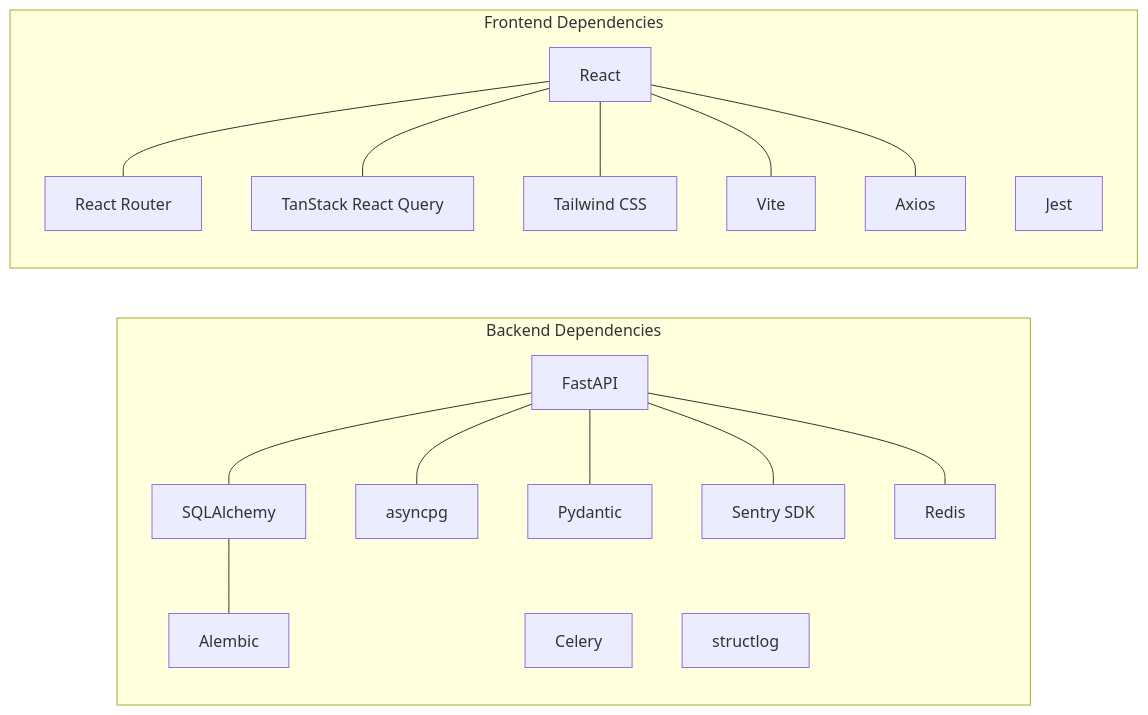
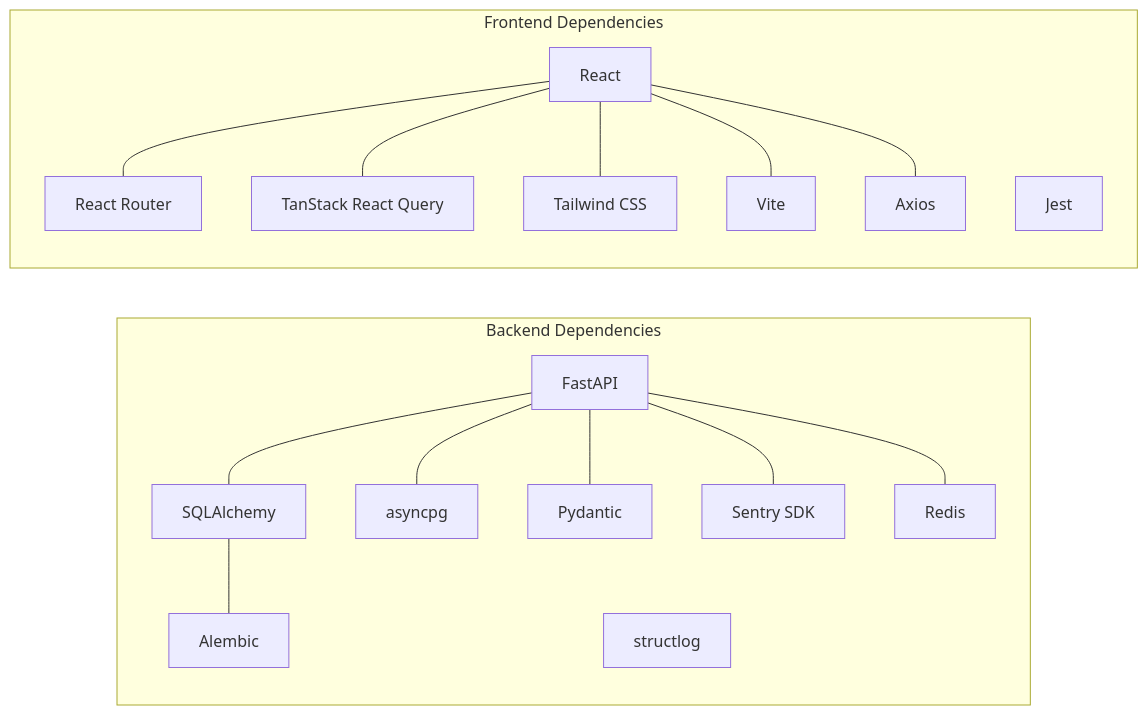
One commit to nilsnavi/fit_trackerpro changed the sixth of 6 diagrams in .qoder/repowiki/en/content/Architecture & Design/Technology Stack.md. Above: the diagram before and after it, drawn with Mermaid. The commit also changed other lines of this file and 26 other files, not shown here.

````diff
--- a/.qoder/repowiki/en/content/Architecture & Design/Technology Stack.md
+++ b/.qoder/repowiki/en/content/Architecture & Design/Technology Stack.md
@@ -245,34 +245,33 @@
 ```mermaid
 graph LR
 subgraph "Backend Dependencies"
 FASTAPI["FastAPI"]
 SQLA["SQLAlchemy"]
 ALEMBIC["Alembic"]
 ASYNCPG["asyncpg"]
 PYD["Pydantic"]
 SENTRY["Sentry SDK"]
-CELERY["Celery"]
 REDIS["Redis"]
 LOG["structlog"]
 end
 subgraph "Frontend Dependencies"
 REACT["React"]
 ROUTER["React Router"]
 TQUERY["TanStack React Query"]
 TWCSS["Tailwind CSS"]
 VITE["Vite"]
 JEST["Jest"]
 AXIOS["Axios"]
 end
 FASTAPI --- SQLA
 SQLA --- ALEMBIC
 FASTAPI --- ASYNCPG
 FASTAPI --- PYD
 FASTAPI --- SENTRY
 FASTAPI --- REDIS
 REACT --- ROUTER
 REACT --- TQUERY
 REACT --- TWCSS
 REACT --- VITE
 REACT --- AXIOS
 ```
````
